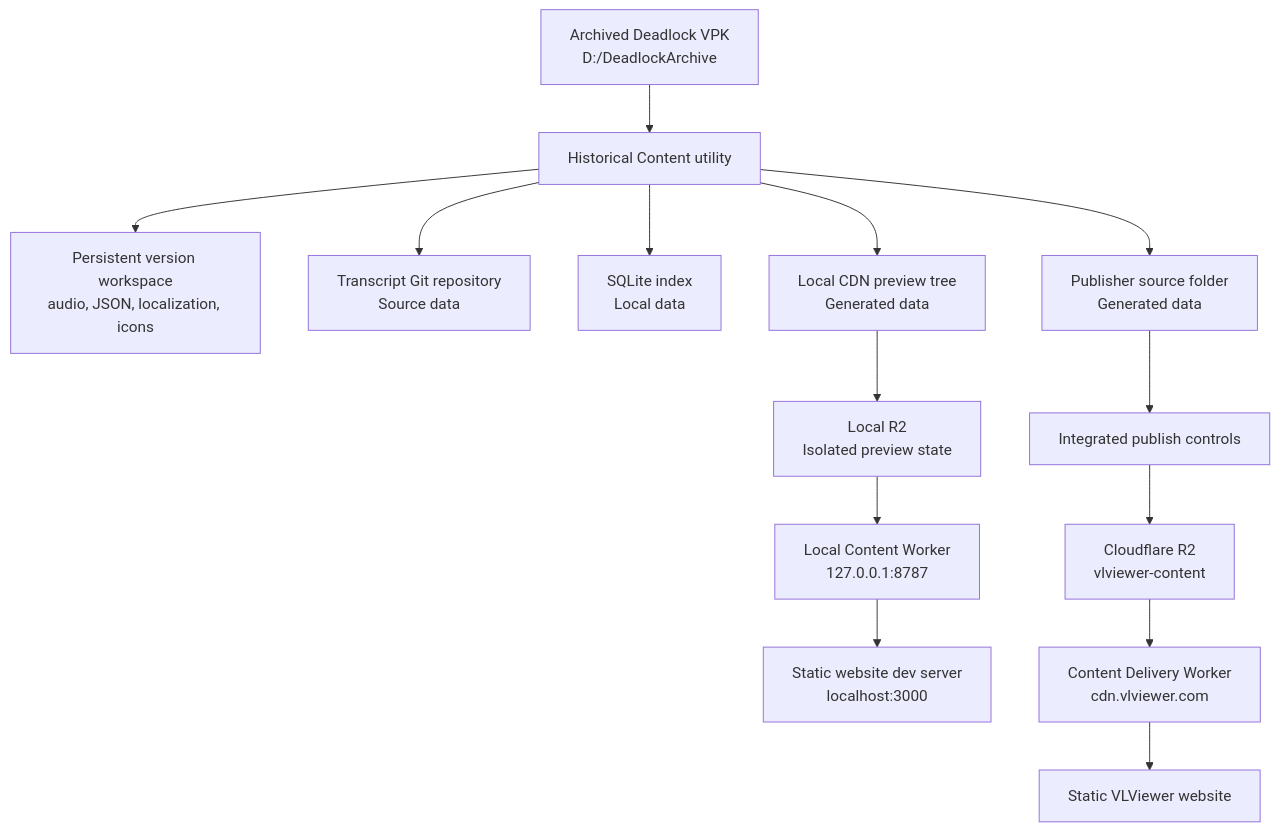
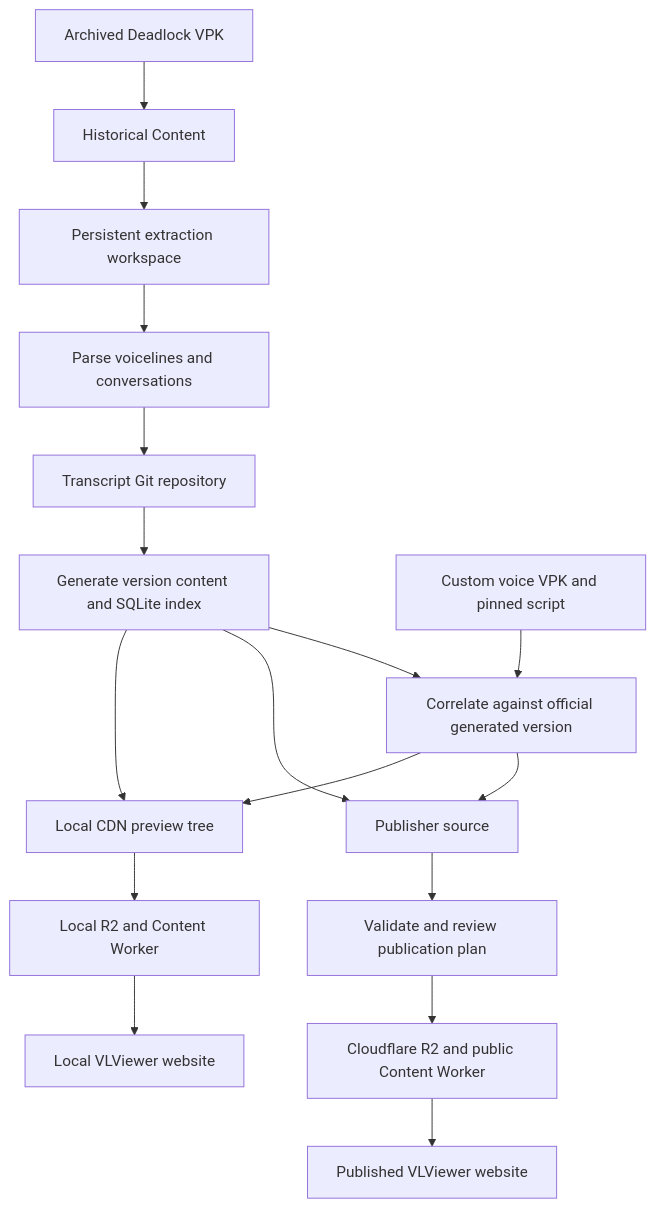
Before and after one commit to mcallbosco/DLSoundProjectUtilities: the diagram in HistoricalContent/END_TO_END_DATA_FLOW.md, drawn with Mermaid. The commit also changed other lines of this file and 3 other files, not shown here.

Commit message:
Document the consolidated Historical Content workflow

````diff
--- a/HistoricalContent/END_TO_END_DATA_FLOW.md
+++ b/HistoricalContent/END_TO_END_DATA_FLOW.md
@@ -22,16 +11,19 @@
 ```mermaid
 flowchart TD
-    A["Archived Deadlock VPK<br/>D:/DeadlockArchive"] --> D["Historical Content utility"]
-    D --> C["Persistent version workspace<br/>audio, JSON, localization, icons"]
-    D --> E["Transcript Git repository<br/>Source data"]
-    D --> F["SQLite index<br/>Local data"]
-    D --> G["Local CDN preview tree<br/>Generated data"]
-    D --> H["Publisher source folder<br/>Generated data"]
-    G --> I["Local R2<br/>Isolated preview state"]
-    I --> J["Local Content Worker<br/>127.0.0.1:8787"]
-    J --> K["Static website dev server<br/>localhost:3000"]
-    H --> L["Integrated publish controls"]
-    L --> M["Cloudflare R2<br/>vlviewer-content"]
-    M --> N["Content Delivery Worker<br/>cdn.vlviewer.com"]
-    N --> O["Static VLViewer website"]
+    A[Archived Deadlock VPK] --> B[Historical Content]
+    B --> C[Persistent extraction workspace]
+    C --> D[Parse voicelines and conversations]
+    D --> E[Transcript Git repository]
+    E --> F[Generate version content and SQLite index]
+    F --> G[Local CDN preview tree]
+    F --> H[Publisher source]
+    G --> I[Local R2 and Content Worker]
+    I --> J[Local VLViewer website]
+    H --> K[Validate and review publication plan]
+    K --> L[Cloudflare R2 and public Content Worker]
+    L --> M[Published VLViewer website]
+    N[Custom voice VPK and pinned script] --> O[Correlate against official generated version]
+    F --> O
+    O --> G
+    O --> H
 ```
````
